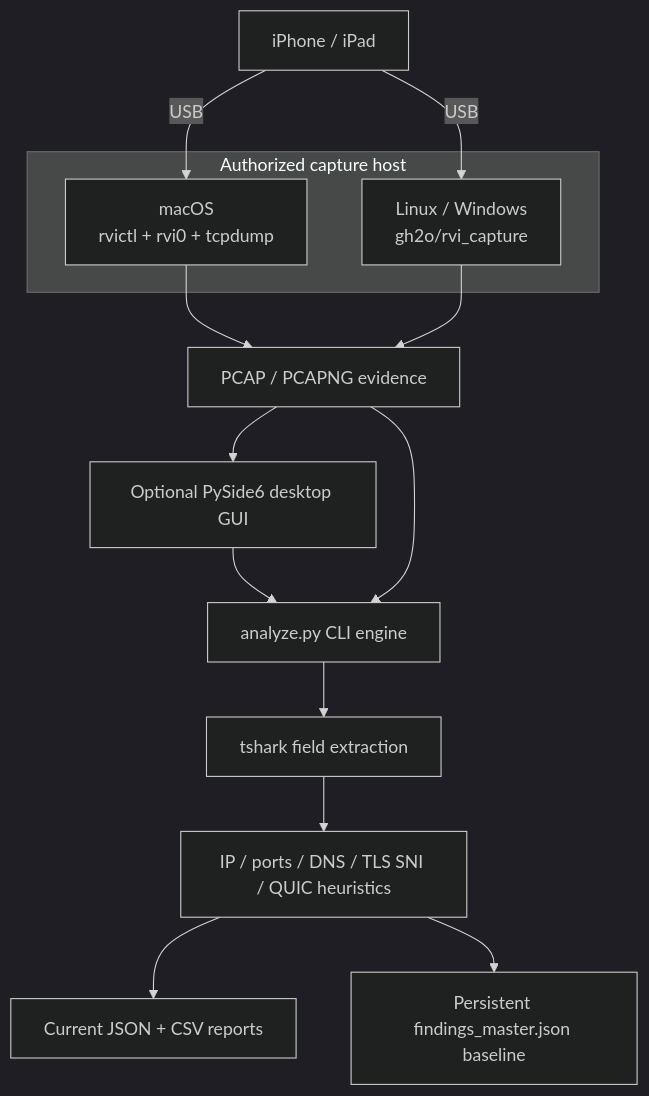
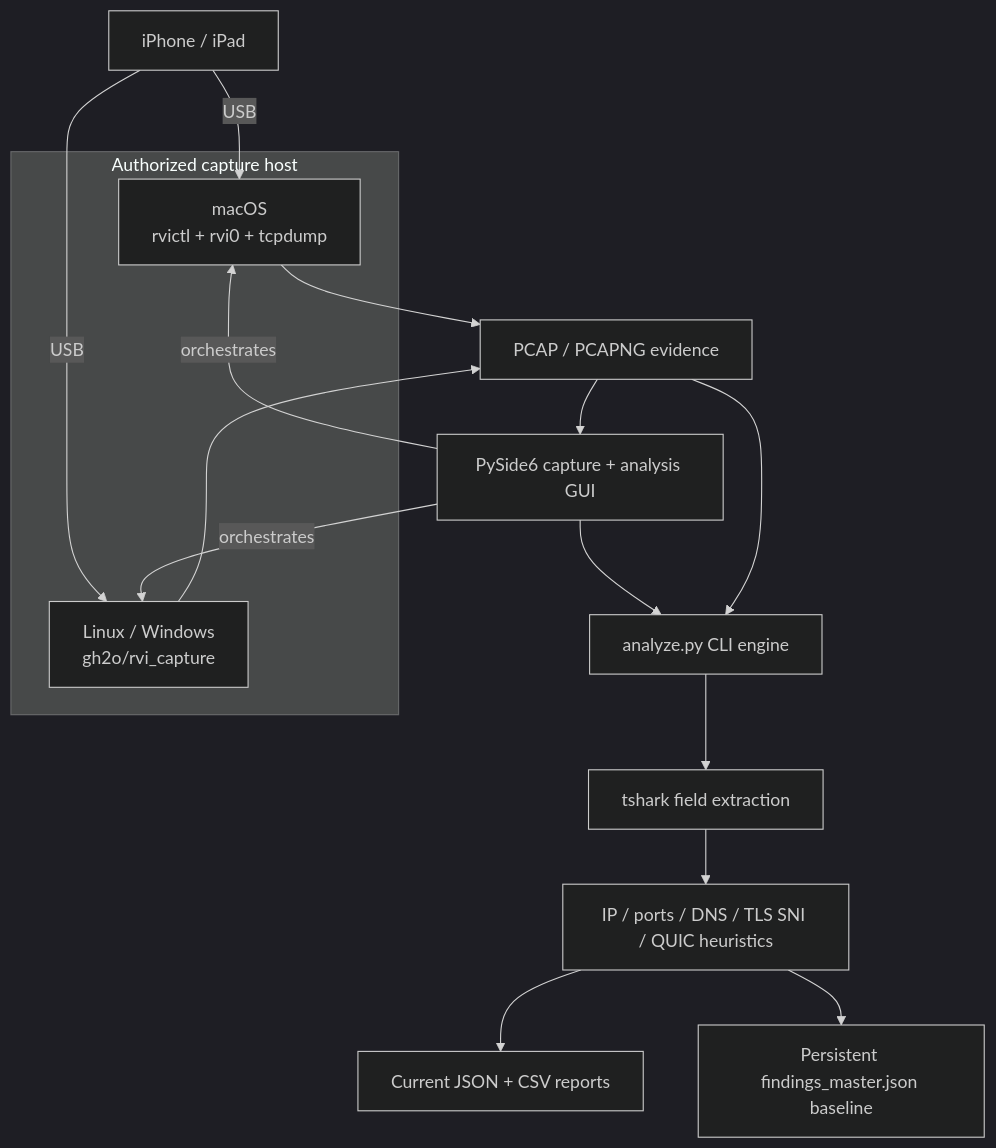
One commit to hideouts-io/RVI-Sentinel changed the diagram in README.md. Above: the diagram before and after it, drawn with Mermaid (dark theme). The commit also changed other lines of this file and 12 other files, not shown here.

````diff
--- a/README.md
+++ b/README.md
@@ -87,27 +87,29 @@
 ```mermaid
 flowchart TB
     Device[iPhone / iPad]
 
     subgraph Hosts[Authorized capture host]
         Mac[macOS<br/>rvictl + rvi0 + tcpdump]
         Cross[Linux / Windows<br/>gh2o/rvi_capture]
     end
 
     Capture[PCAP / PCAPNG evidence]
     Tshark[tshark field extraction]
-    GUI[Optional PySide6 desktop GUI]
+    GUI[PySide6 capture + analysis GUI]
     Analyzer[analyze.py CLI engine]
     Metadata[IP / ports / DNS / TLS SNI / QUIC heuristics]
     Report[Current JSON + CSV reports]
     Baseline[Persistent findings_master.json baseline]
 
     Device -->|USB| Mac
     Device -->|USB| Cross
+    GUI -->|orchestrates| Mac
+    GUI -->|orchestrates| Cross
     Mac --> Capture
     Cross --> Capture
     Capture --> GUI --> Analyzer
     Capture --> Analyzer
     Analyzer --> Tshark --> Metadata
     Metadata --> Report
     Metadata --> Baseline
 ```
````
